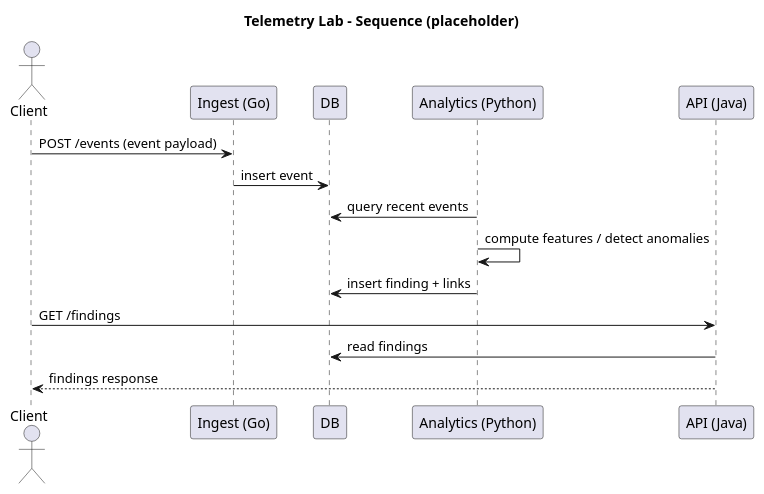
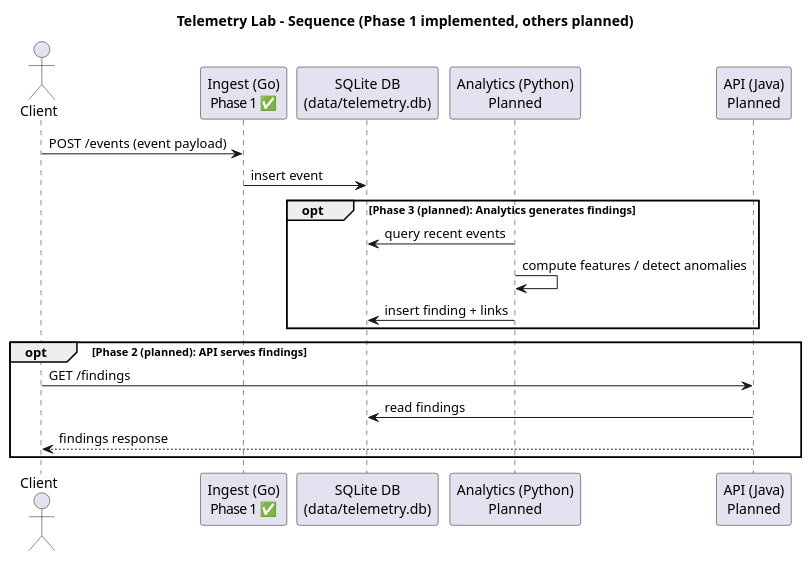
One commit to dealhouse/telemetry-lab changed the diagram in docs/diagrams/sequence_ingest_to_finding.puml. Above: the diagram before and after it, drawn with PlantUML. The commit also changed other lines of this file and 3 other files, not shown here.

Commit message:
docs: record Phase 1 runtime + SQLite decision (ADR 0002)

```diff
--- a/docs/diagrams/sequence_ingest_to_finding.puml
+++ b/docs/diagrams/sequence_ingest_to_finding.puml
@@ -1,20 +1,24 @@
 @startuml
-title Telemetry Lab - Sequence (placeholder)
+title Telemetry Lab - Sequence (Phase 1 implemented, others planned)
 
 actor Client
-participant "Ingest (Go)" as Go
-participant "DB" as DB
-participant "Analytics (Python)" as Py
-participant "API (Java)" as Java
+participant "Ingest (Go)\nPhase 1 ✅" as Go
+participant "SQLite DB\n(data/telemetry.db)" as DB
+participant "Analytics (Python)\nPlanned" as Py
+participant "API (Java)\nPlanned" as Java
 
 Client -> Go: POST /events (event payload)
 Go -> DB: insert event
 
-Py -> DB: query recent events
-Py -> Py: compute features / detect anomalies
-Py -> DB: insert finding + links
+opt Phase 3 (planned): Analytics generates findings
+  Py -> DB: query recent events
+  Py -> Py: compute features / detect anomalies
+  Py -> DB: insert finding + links
+end
 
-Client -> Java: GET /findings
-Java -> DB: read findings
-Java --> Client: findings response
+opt Phase 2 (planned): API serves findings
+  Client -> Java: GET /findings
+  Java -> DB: read findings
+  Java --> Client: findings response
+end
 @enduml
```
